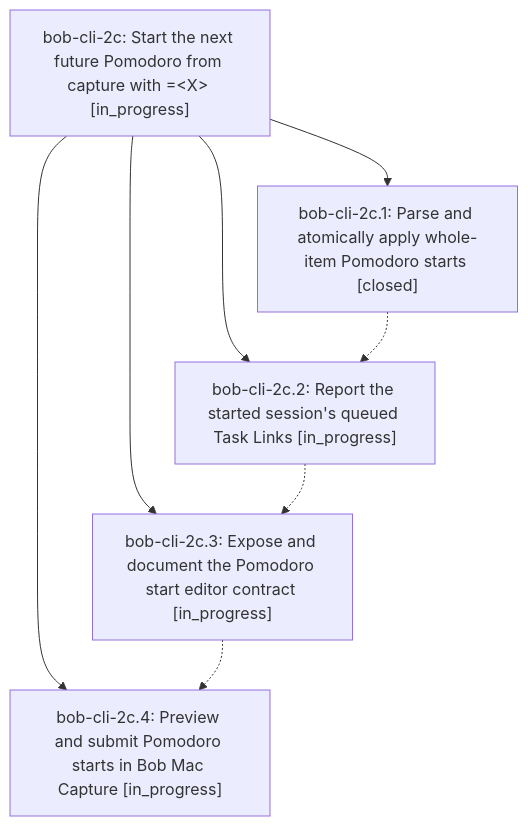
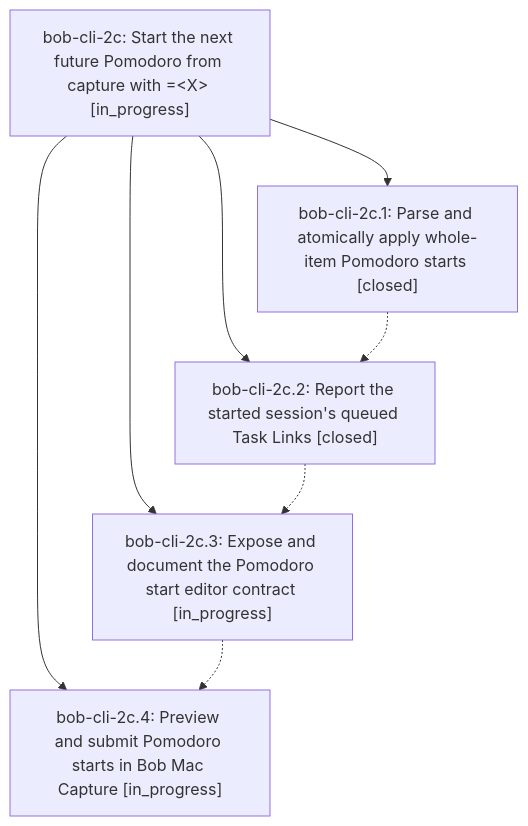
Before and after one commit to bobs-org/bob-cli--beads: the diagram in pages/bob-cli-2c/README.md, drawn with Mermaid. The commit also changed other lines of this file and 3 other files, not shown here.

First line of the commit message:
chore(beads): sync bead state and pages for bob-cli-2c

````diff
--- a/pages/bob-cli-2c/README.md
+++ b/pages/bob-cli-2c/README.md
@@ -25,15 +25,15 @@
 ```mermaid
 flowchart TD
     n0["bob-cli-2c: Start the next future Pomodoro from capture with =&lt;X&gt; [in_progress]"]
     n1["bob-cli-2c.1: Parse and atomically apply whole-item Pomodoro starts [closed]"]
-    n2["bob-cli-2c.2: Report the started session's queued Task Links [in_progress]"]
+    n2["bob-cli-2c.2: Report the started session's queued Task Links [closed]"]
     n3["bob-cli-2c.3: Expose and document the Pomodoro start editor contract [in_progress]"]
     n4["bob-cli-2c.4: Preview and submit Pomodoro starts in Bob Mac Capture [in_progress]"]
     n0 --> n1
     n0 --> n2
     n0 --> n3
     n0 --> n4
     n1 -.-> n2
     n2 -.-> n3
     n3 -.-> n4
 ```
````
